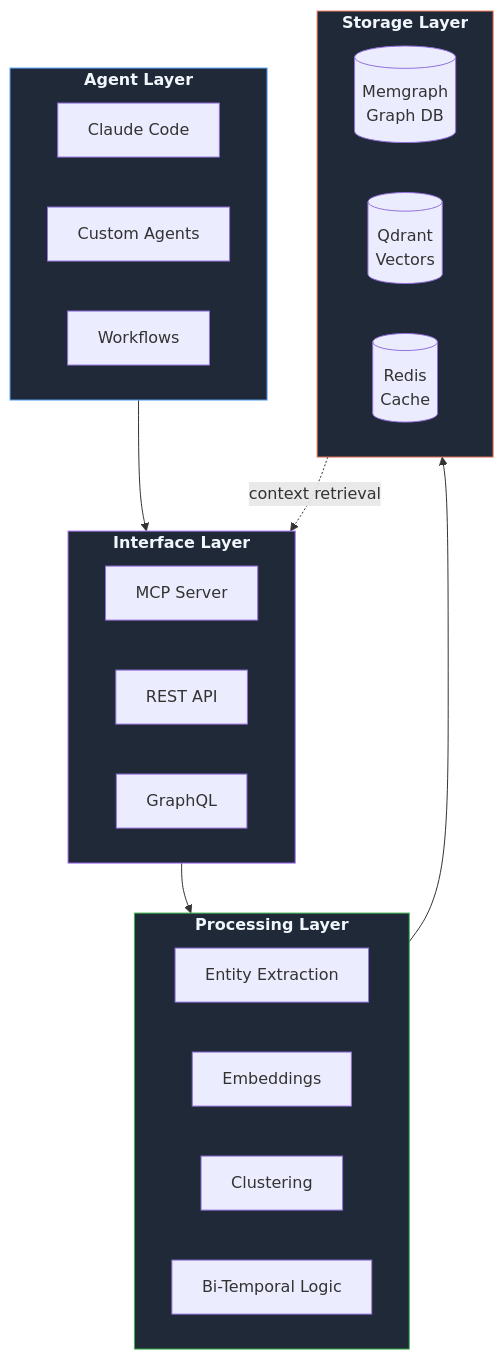
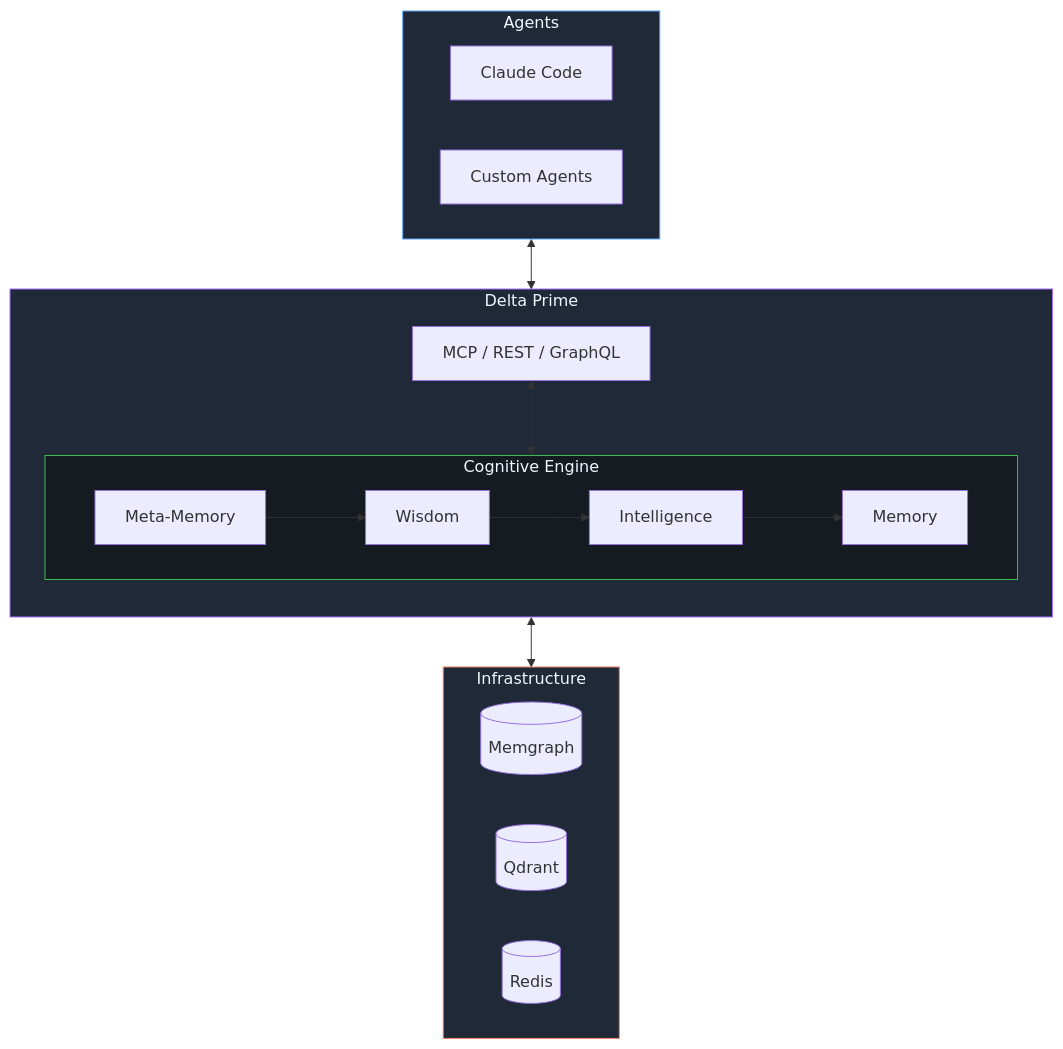
Before and after one commit to delta-prime/.github: the fifth of 5 diagrams in profile/README.md, drawn with Mermaid. The commit also changed other lines of this file, not shown here.

First line of the commit message:
docs: add cognitive stack diagrams (memory/intelligence/wisdom/meta-memory)

````diff
--- a/profile/README.md
+++ b/profile/README.md
@@ -29,41 +121,39 @@
 ```mermaid
 flowchart TB
-    subgraph AGENTS["<b>Agent Layer</b>"]
-        direction LR
+    subgraph AGENTS["Agents"]
         A1[Claude Code]
         A2[Custom Agents]
-        A3[Workflows]
     end
 
-    subgraph INTERFACE["<b>Interface Layer</b>"]
-        direction LR
-        I1[MCP Server]
-        I2[REST API]
-        I3[GraphQL]
+    subgraph DELTA["Delta Prime"]
+        direction TB
+        subgraph COGNITIVE["Cognitive Engine"]
+            META[Meta-Memory]
+            WISDOM[Wisdom]
+            INTEL[Intelligence]
+            MEM[Memory]
+            
+            META --> WISDOM
+            WISDOM --> INTEL
+            INTEL --> MEM
+        end
+        
+        API[MCP / REST / GraphQL]
     end
 
-    subgraph PROCESSING["<b>Processing Layer</b>"]
+    subgraph INFRA["Infrastructure"]
         direction LR
-        P1[Entity Extraction]
-        P2[Embeddings]
-        P3[Clustering]
-        P4[Bi-Temporal Logic]
+        MG[(Memgraph)]
+        QD[(Qdrant)]
+        RD[(Redis)]
     end
 
-    subgraph STORAGE["<b>Storage Layer</b>"]
-        direction LR
-        S1[(Memgraph<br/>Graph DB)]
-        S2[(Qdrant<br/>Vectors)]
-        S3[(Redis<br/>Cache)]
-    end
-
-    AGENTS --> INTERFACE
-    INTERFACE --> PROCESSING
-    PROCESSING --> STORAGE
-    STORAGE -.->|"context retrieval"| INTERFACE
+    AGENTS <--> API
+    API <--> COGNITIVE
+    COGNITIVE <--> INFRA
     
     style AGENTS fill:#1f2937,stroke:#58a6ff,color:#f0f6fc
-    style INTERFACE fill:#1f2937,stroke:#a371f7,color:#f0f6fc
-    style PROCESSING fill:#1f2937,stroke:#3fb950,color:#f0f6fc
-    style STORAGE fill:#1f2937,stroke:#f78166,color:#f0f6fc
+    style DELTA fill:#1f2937,stroke:#a371f7,color:#f0f6fc
+    style COGNITIVE fill:#161b22,stroke:#3fb950,color:#f0f6fc
+    style INFRA fill:#1f2937,stroke:#f78166,color:#f0f6fc
 ```
````
